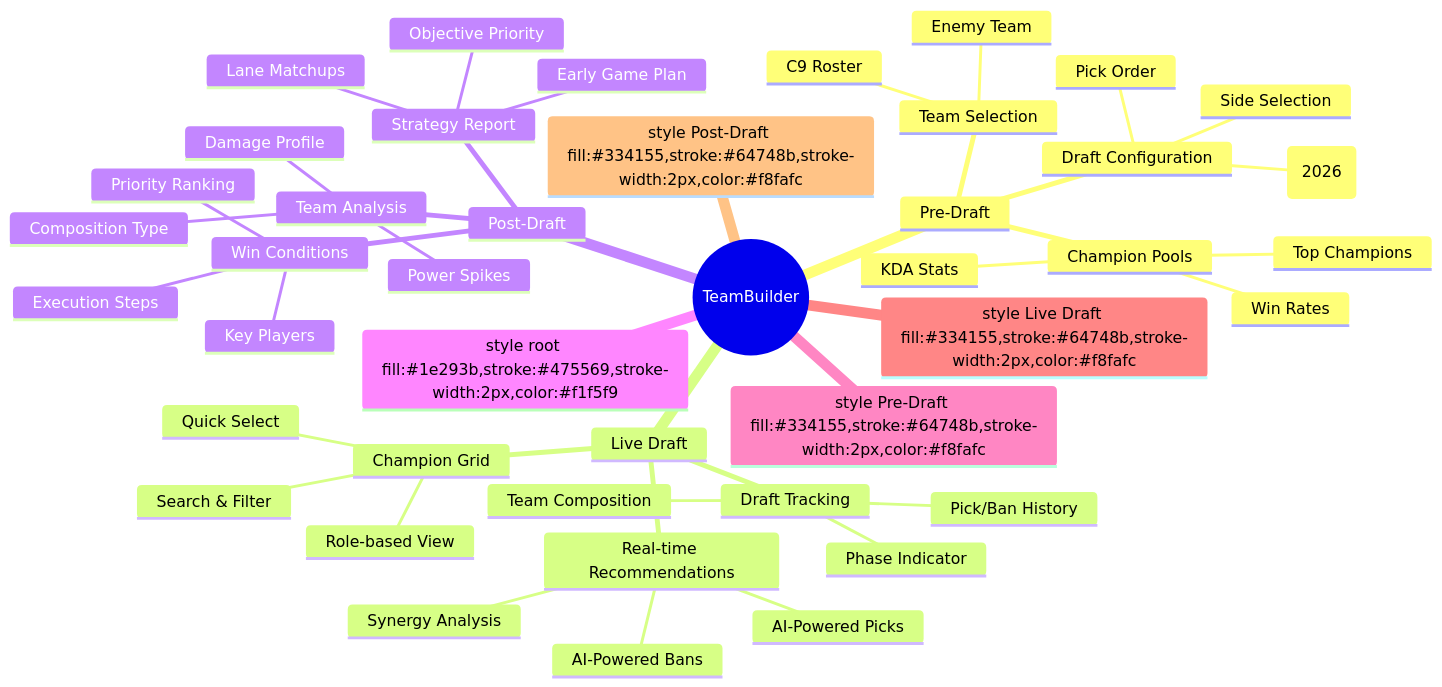
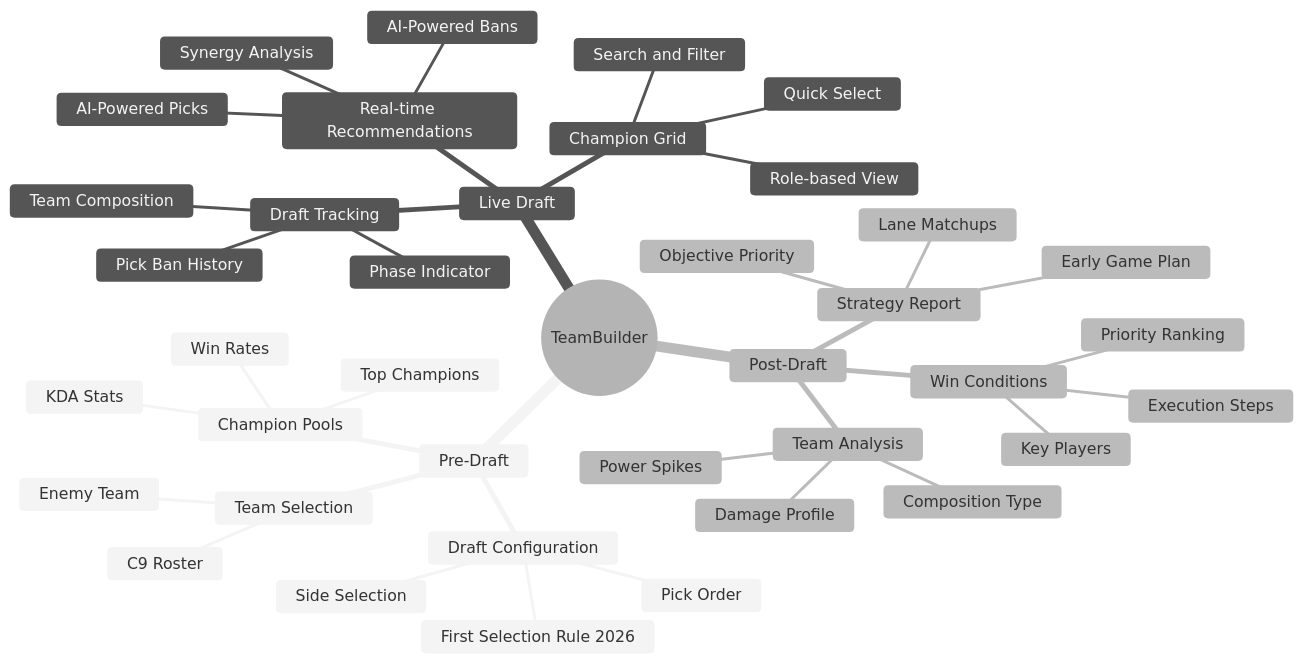
The third of 4 diagrams in README.md (MoriatzLabs/TeamBuilder), drawn with Mermaid before and after one commit. The commit also changed other lines of this file, not shown here.

````diff
--- a/README.md
+++ b/README.md
@@ -132,47 +128,43 @@
 ```mermaid
+%%{init: {'theme':'neutral'}}%%
 mindmap
   root((TeamBuilder))
     Pre-Draft
       Team Selection
         C9 Roster
         Enemy Team
       Draft Configuration
-        First Selection Rule (2026)
+        First Selection Rule 2026
         Side Selection
         Pick Order
       Champion Pools
         Top Champions
         Win Rates
         KDA Stats
     Live Draft
       Real-time Recommendations
         AI-Powered Picks
         AI-Powered Bans
         Synergy Analysis
       Draft Tracking
-        Pick/Ban History
+        Pick Ban History
         Phase Indicator
         Team Composition
       Champion Grid
-        Search & Filter
+        Search and Filter
         Role-based View
         Quick Select
     Post-Draft
       Team Analysis
         Composition Type
         Damage Profile
         Power Spikes
       Win Conditions
         Priority Ranking
         Execution Steps
         Key Players
       Strategy Report
         Early Game Plan
         Lane Matchups
         Objective Priority
-    
-    style root fill:#1e293b,stroke:#475569,stroke-width:2px,color:#f1f5f9
-    style Pre-Draft fill:#334155,stroke:#64748b,stroke-width:2px,color:#f8fafc
-    style Live Draft fill:#334155,stroke:#64748b,stroke-width:2px,color:#f8fafc
-    style Post-Draft fill:#334155,stroke:#64748b,stroke-width:2px,color:#f8fafc
 ```
````
